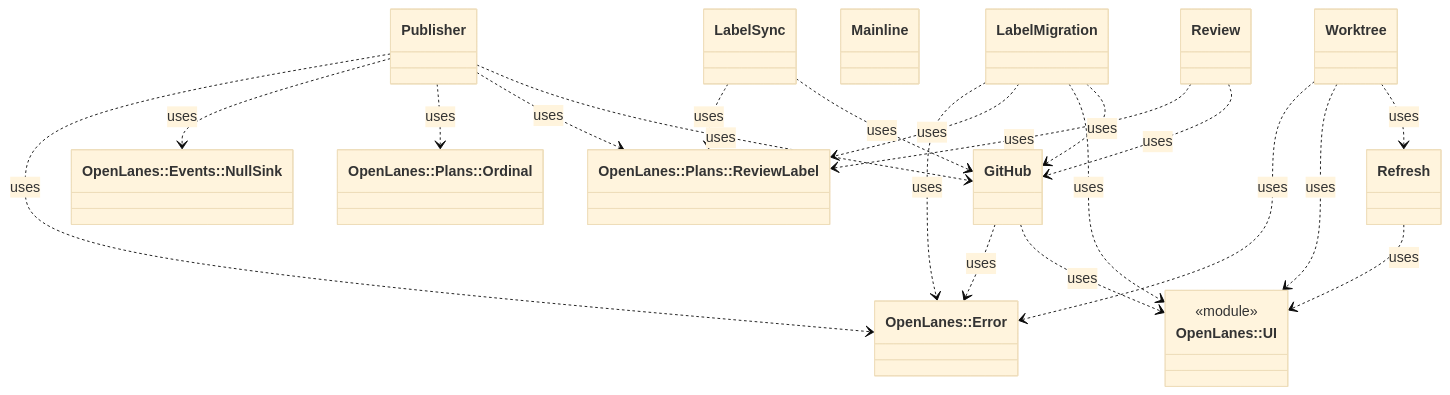
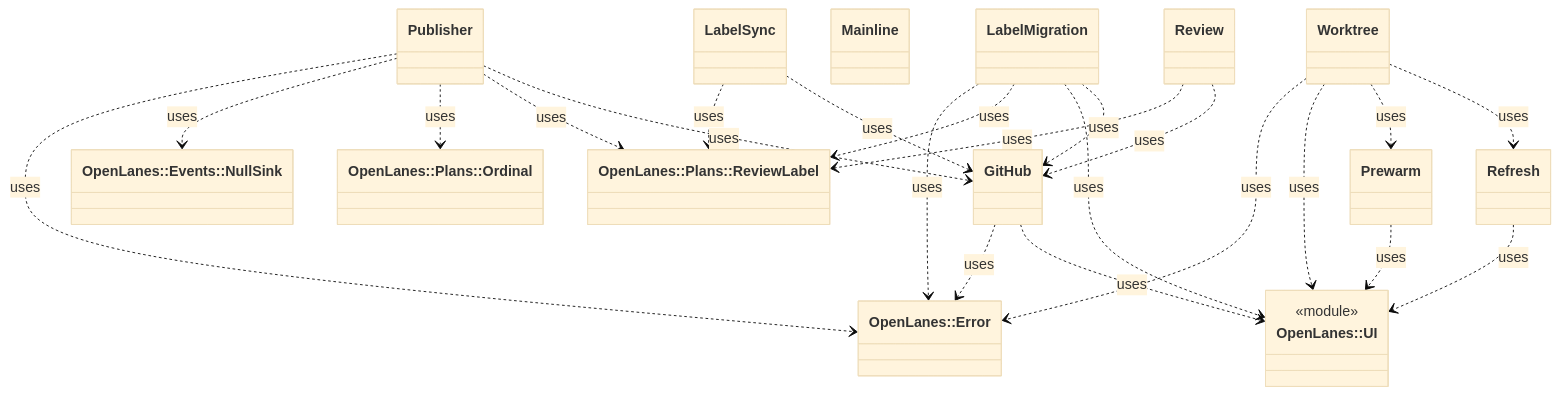
One commit to kigster/openlanes changed the diagram in docs/architecture/openlanes-vcs.md. Above: the diagram before and after it, drawn with Mermaid (base theme). The commit also changed 4 other files, not shown here.

````diff
--- a/docs/architecture/openlanes-vcs.md
+++ b/docs/architecture/openlanes-vcs.md
@@ -5,36 +5,39 @@
 ```mermaid
 classDiagram
   class OpenLanes__Error["OpenLanes::Error"]
   class OpenLanes__Events__NullSink["OpenLanes::Events::NullSink"]
   class OpenLanes__Plans__Ordinal["OpenLanes::Plans::Ordinal"]
   class OpenLanes__Plans__ReviewLabel["OpenLanes::Plans::ReviewLabel"]
   class OpenLanes__UI["OpenLanes::UI"]
   <<module>> OpenLanes__UI
   class OpenLanes__Vcs__GitHub["GitHub"]
   class OpenLanes__Vcs__LabelMigration["LabelMigration"]
   class OpenLanes__Vcs__LabelSync["LabelSync"]
   class OpenLanes__Vcs__Mainline["Mainline"]
+  class OpenLanes__Vcs__Prewarm["Prewarm"]
   class OpenLanes__Vcs__Publisher["Publisher"]
   class OpenLanes__Vcs__Refresh["Refresh"]
   class OpenLanes__Vcs__Review["Review"]
   class OpenLanes__Vcs__Worktree["Worktree"]
   OpenLanes__Vcs__GitHub ..> OpenLanes__Error : uses
   OpenLanes__Vcs__GitHub ..> OpenLanes__UI : uses
   OpenLanes__Vcs__LabelMigration ..> OpenLanes__Error : uses
   OpenLanes__Vcs__LabelMigration ..> OpenLanes__Plans__ReviewLabel : uses
   OpenLanes__Vcs__LabelMigration ..> OpenLanes__UI : uses
   OpenLanes__Vcs__LabelMigration ..> OpenLanes__Vcs__GitHub : uses
   OpenLanes__Vcs__LabelSync ..> OpenLanes__Plans__ReviewLabel : uses
   OpenLanes__Vcs__LabelSync ..> OpenLanes__Vcs__GitHub : uses
+  OpenLanes__Vcs__Prewarm ..> OpenLanes__UI : uses
   OpenLanes__Vcs__Publisher ..> OpenLanes__Error : uses
   OpenLanes__Vcs__Publisher ..> OpenLanes__Events__NullSink : uses
   OpenLanes__Vcs__Publisher ..> OpenLanes__Plans__Ordinal : uses
   OpenLanes__Vcs__Publisher ..> OpenLanes__Plans__ReviewLabel : uses
   OpenLanes__Vcs__Publisher ..> OpenLanes__Vcs__GitHub : uses
   OpenLanes__Vcs__Refresh ..> OpenLanes__UI : uses
   OpenLanes__Vcs__Review ..> OpenLanes__Plans__ReviewLabel : uses
   OpenLanes__Vcs__Review ..> OpenLanes__Vcs__GitHub : uses
   OpenLanes__Vcs__Worktree ..> OpenLanes__Error : uses
   OpenLanes__Vcs__Worktree ..> OpenLanes__UI : uses
+  OpenLanes__Vcs__Worktree ..> OpenLanes__Vcs__Prewarm : uses
   OpenLanes__Vcs__Worktree ..> OpenLanes__Vcs__Refresh : uses
 ```
````
